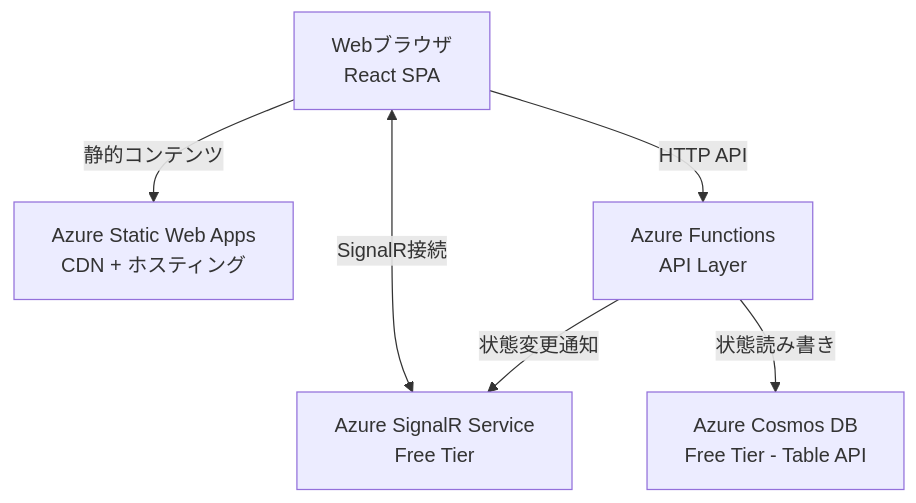
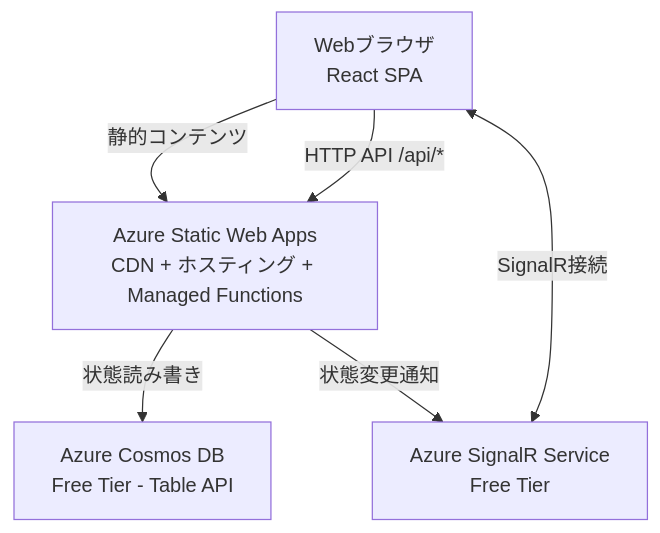
One commit to Jillrinn/tickTackFour changed the first of 4 diagrams in .kiro/specs/multiplayer-game-timer/design.md. Above: the diagram before and after it, drawn with Mermaid. The commit also changed other lines of this file and 1 other file, not shown here.

Commit message:
修正: Azure Static Web Apps Managed Functionsアーキテクチャへ更新
## 変更内容

### tasks.md
- タスク8.1: 「Azure Functionsリソース作成」を削除
  → Azure Static Web AppsのManaged Functionsを使用するため別個のリソース不要
- タスク8.3: CI/CDパイプライン説明を更新
  → フロントエンド+Managed Functionsを一括デプロイ

### design.md
- アーキテクチャ図を更新: Azure FunctionsをStatic Web Appsに統合
- Managed Functionsの説明を追加:
  - `/api`フォルダのコードが自動デプロイ
  - 別個のFunctionsリソース不要
  - 月100万リクエスト無料枠を含む

## 背景

Azure Static Web AppsにはManaged Functions機能があり、
`/api`フォルダのAzure Functionsコードを自動的にデプロイします。
別個のAzure Functionsリソースを作成する必要はありません。

🤖 Generated with [Claude Code](https://claude.com/claude-code)

````diff
--- a/.kiro/specs/multiplayer-game-timer/design.md
+++ b/.kiro/specs/multiplayer-game-timer/design.md
@@ -31,14 +31,13 @@
 ```mermaid
 graph TB
     Client[Webブラウザ<br/>React SPA]
-    CDN[Azure Static Web Apps<br/>CDN + ホスティング]
+    SWA[Azure Static Web Apps<br/>CDN + ホスティング + Managed Functions]
     SignalR[Azure SignalR Service<br/>Free Tier]
     Storage[Azure Cosmos DB<br/>Free Tier - Table API]
-    Functions[Azure Functions<br/>API Layer]
 
-    Client -->|静的コンテンツ| CDN
+    Client -->|静的コンテンツ| SWA
+    Client -->|HTTP API /api/*| SWA
     Client <-->|SignalR接続| SignalR
-    Client -->|HTTP API| Functions
-    Functions -->|状態読み書き| Storage
-    Functions -->|状態変更通知| SignalR
+    SWA -->|状態読み書き| Storage
+    SWA -->|状態変更通知| SignalR
 ```
````
